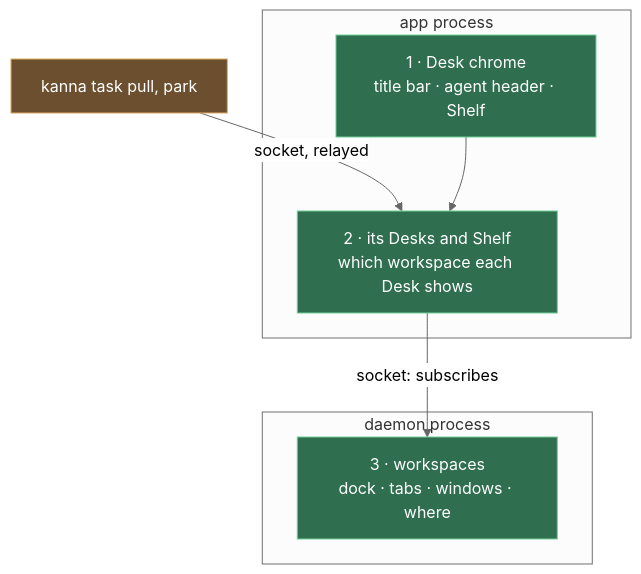
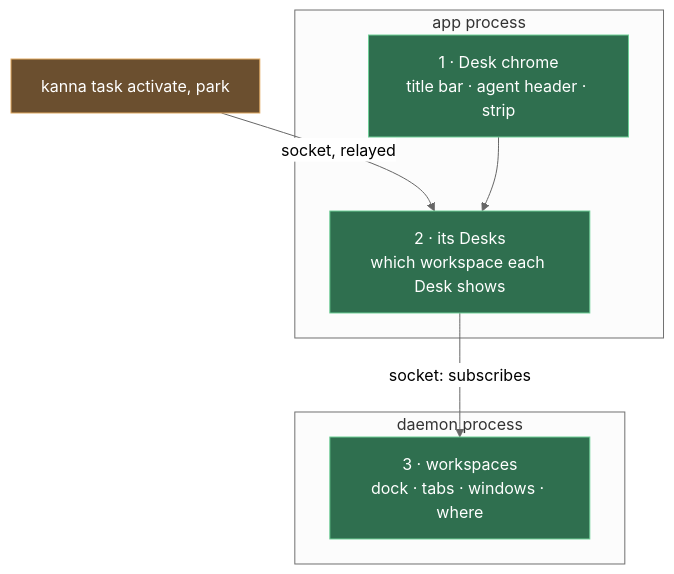
Before and after one commit to tampopogk/kanna: the third of 3 diagrams in docs/specs/desk.md, drawn with Mermaid (neutral theme). The commit also changed other lines of this file and 51 other files, not shown here.

Commit message:
Specs: Desk and Shelf, the Desk view, pick, shelve, activate, park; backlog-runners → shelf-runners, backlog-search → shelf-search, shelve-latency → move-to-desk-latency

````diff
--- a/docs/specs/desk.md
+++ b/docs/specs/desk.md
@@ -89,18 +99,18 @@
 ```mermaid
 flowchart TB
     subgraph APP["app process"]
-        C["1 · Desk chrome<br/>title bar · agent header · Shelf"]
-        R["2 · its Desks and Shelf<br/>which workspace each Desk shows"]
+        C["1 · Desk chrome<br/>title bar · agent header · strip"]
+        R["2 · its Desks<br/>which workspace each Desk shows"]
     end
     subgraph D["daemon process"]
         WS["3 · workspaces<br/>dock · tabs · windows · where"]
     end
-    CLIP["kanna task pull, park"]
+    CLIP["kanna task activate, park"]
     CLIP -->|"socket, relayed"| R
     C --> R
     R -->|"socket: subscribes"| WS
     classDef ours fill:#2f6f4f,stroke:#6fcf97,color:#ffffff
     classDef client fill:#6b4f2f,stroke:#e0a960,color:#ffffff
     class C,R,WS ours
     class CLIP client
 ```
````
